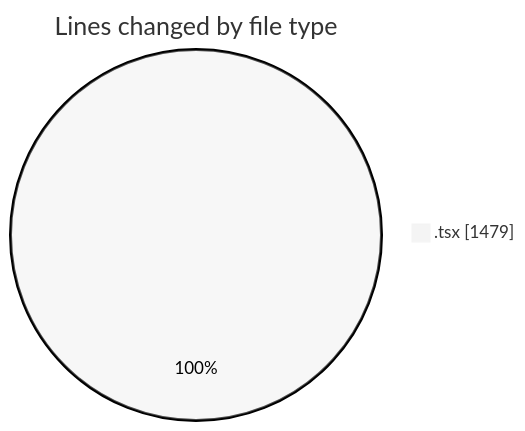
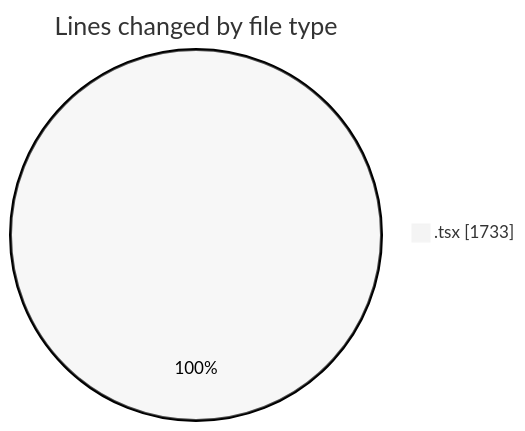
The first of 2 diagrams in 2026-06-10/nxtqube_webapp/README.md (nxtqubesakshisongat/code-tracking), drawn with Mermaid (neutral theme) before and after one commit. The commit also changed other lines of this file and 1 other file, not shown here.

````diff
--- a/2026-06-10/nxtqube_webapp/README.md
+++ b/2026-06-10/nxtqube_webapp/README.md
@@ -20,5 +21,5 @@
 ```mermaid
 pie showData
 title Lines changed by file type
-".tsx" : 1479
+".tsx" : 1733
 ```
````
